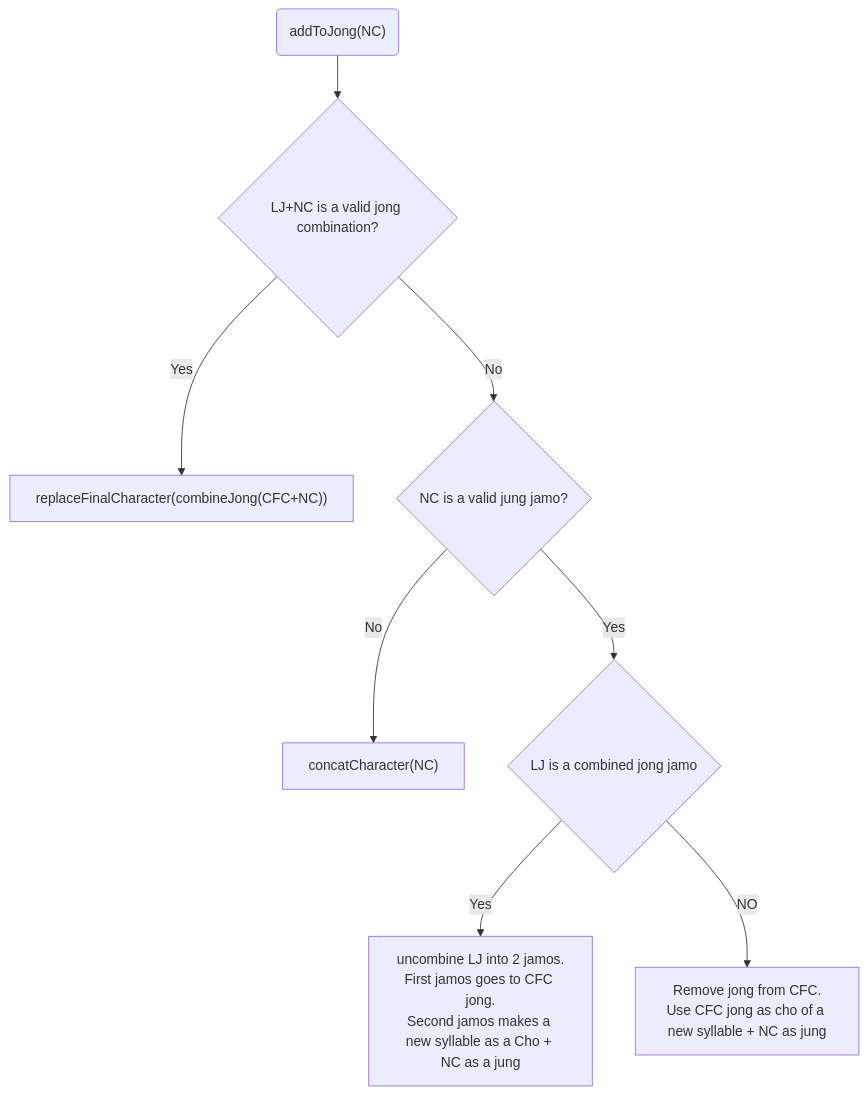
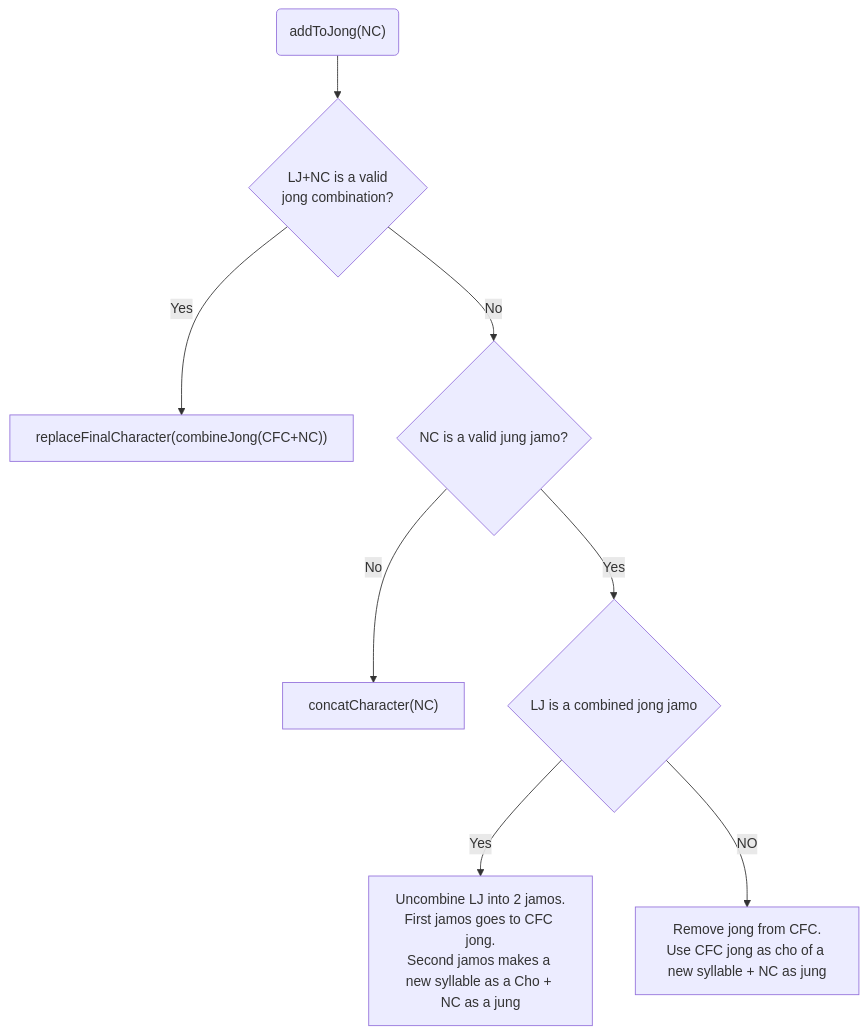
Before and after one commit to gsouf/dart-hangul: the fourth of 4 diagrams in doc/dev/hangul_input_flow.md, drawn with Mermaid. The commit also changed other lines of this file, not shown here.

````diff
--- a/doc/dev/hangul_input_flow.md
+++ b/doc/dev/hangul_input_flow.md
@@ -57,10 +57,10 @@
 ```mermaid
 graph TD
-  A("addToJong(NC)") --> B{LJ+NC is a valid jong combination?}
+  A("addToJong(NC)") --> B{LJ+NC is a valid<br/>jong combination?}
   B --> |Yes| C["replaceFinalCharacter(combineJong(CFC+NC))"]
   B --> |No| D{NC is a valid jung jamo?}
   D --> |No| H["concatCharacter(NC)"]
   D --> |Yes| E{LJ is a combined jong jamo}
-  E --> |Yes| F[uncombine LJ into 2 jamos.<br/>First jamos goes to CFC jong.<br/>Second jamos makes a new syllable as a Cho + NC as a jung]
+  E --> |Yes| F[Uncombine LJ into 2 jamos.<br/>First jamos goes to CFC jong.<br/>Second jamos makes a new syllable as a Cho + NC as a jung]
   E --> |NO| G[Remove jong from CFC.<br/>Use CFC jong as cho of a new syllable + NC as jung]
 ```
````
